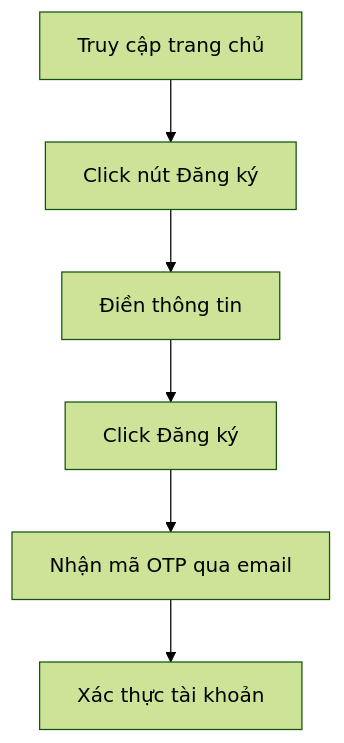
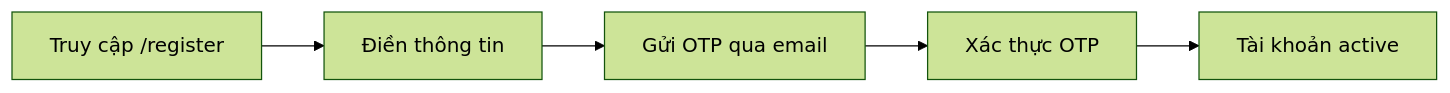
Before and after one commit to toantran00/BTTH_12: the first of 12 diagrams in README.md, drawn with Mermaid (forest theme). The commit also changed other lines of this file, not shown here.

````diff
--- a/README.md
+++ b/README.md
@@ -33,8 +167,7 @@
 ```mermaid
-graph TD
-    A[Truy cập trang chủ] --> B[Click nút Đăng ký]
-    B --> C[Điền thông tin]
-    C --> D[Click Đăng ký]
-    D --> E[Nhận mã OTP qua email]
-    E --> F[Xác thực tài khoản]
+graph LR
+    A[Truy cập /register] --> B[Điền thông tin]
+    B --> C[Gửi OTP qua email]
+    C --> D[Xác thực OTP]
+    D --> E[Tài khoản active]
 ```
````
